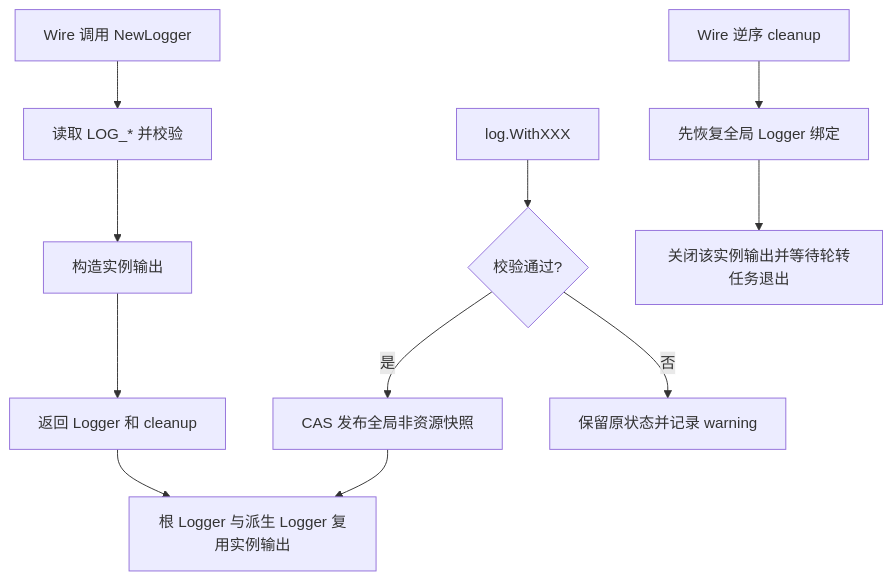
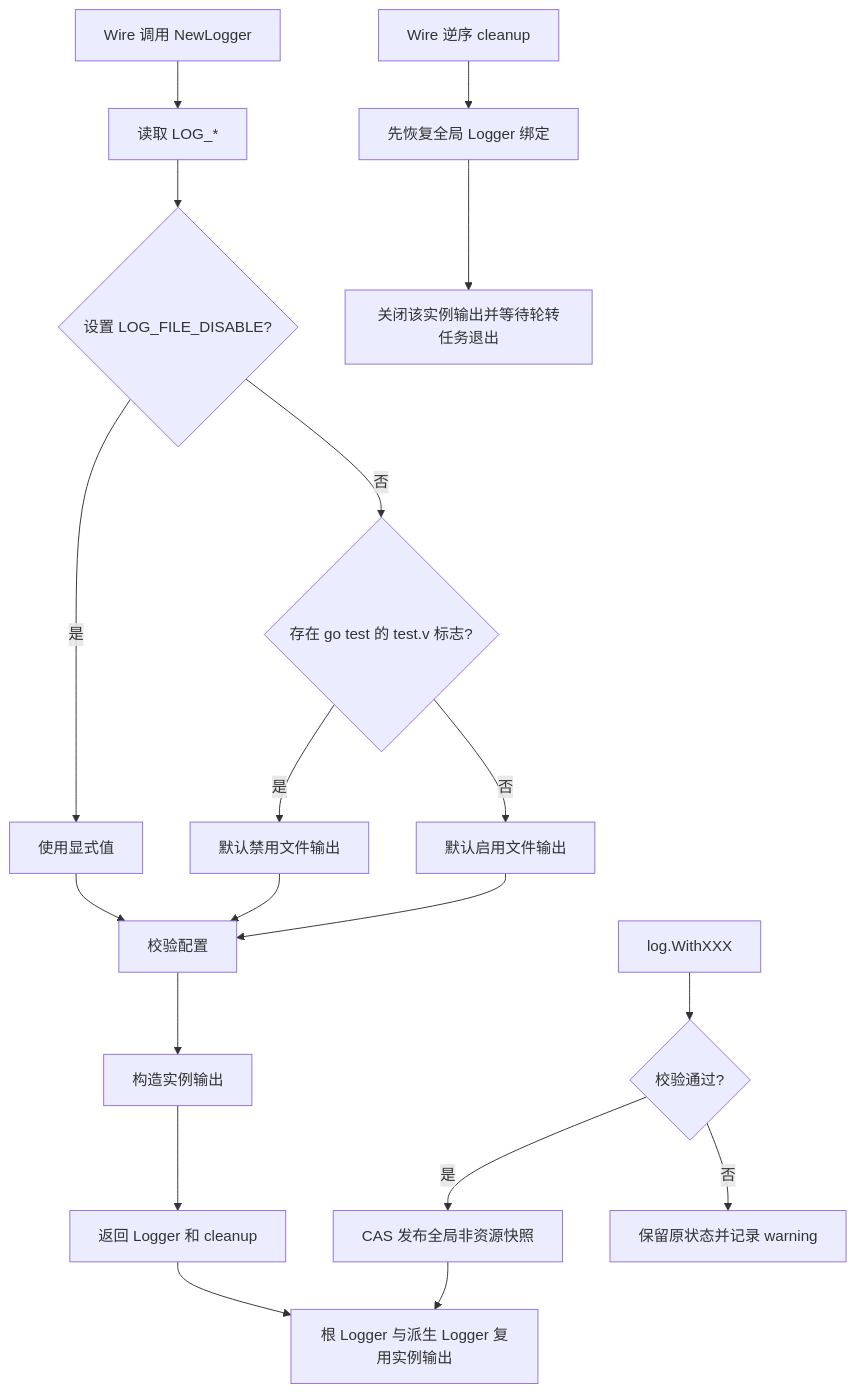
One commit to jaggerzhuang1994/kratos-foundation changed the first of 4 diagrams in pkg/log/README.md. Above: the diagram before and after it, drawn with Mermaid. The commit also changed other lines of this file and 2 other files, not shown here.

Commit message:
fix(log): 单元测试默认禁用文件日志

````diff
--- a/pkg/log/README.md
+++ b/pkg/log/README.md
@@ -25,13 +25,21 @@
 ```mermaid
 flowchart TD
-    A[Wire 调用 NewLogger] --> B[读取 LOG_* 并校验]
-    B --> C[构造实例输出]
+    A[Wire 调用 NewLogger] --> B[读取 LOG_*]
+    B --> T{设置 LOG_FILE_DISABLE?}
+    T -- 是 --> V[使用显式值]
+    T -- 否 --> U{存在 go test 的 test.v 标志?}
+    U -- 是 --> X[默认禁用文件输出]
+    U -- 否 --> Y[默认启用文件输出]
+    V --> Q[校验配置]
+    X --> Q
+    Y --> Q
+    Q --> C[构造实例输出]
     C --> D[返回 Logger 和 cleanup]
     D --> E[根 Logger 与派生 Logger 复用实例输出]
     F[log.WithXXX] --> G{校验通过?}
     G -- 是 --> H[CAS 发布全局非资源快照]
     G -- 否 --> I[保留原状态并记录 warning]
     H --> E
     J[Wire 逆序 cleanup] --> K[先恢复全局 Logger 绑定]
     K --> L[关闭该实例输出并等待轮转任务退出]
 ```
````
